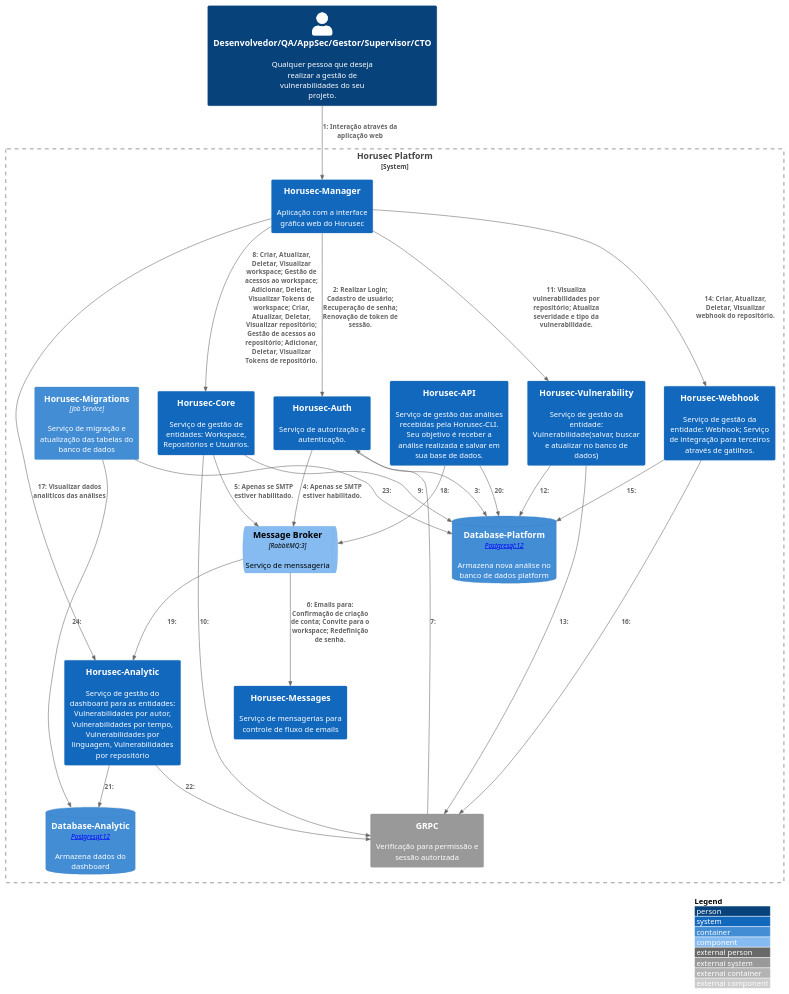
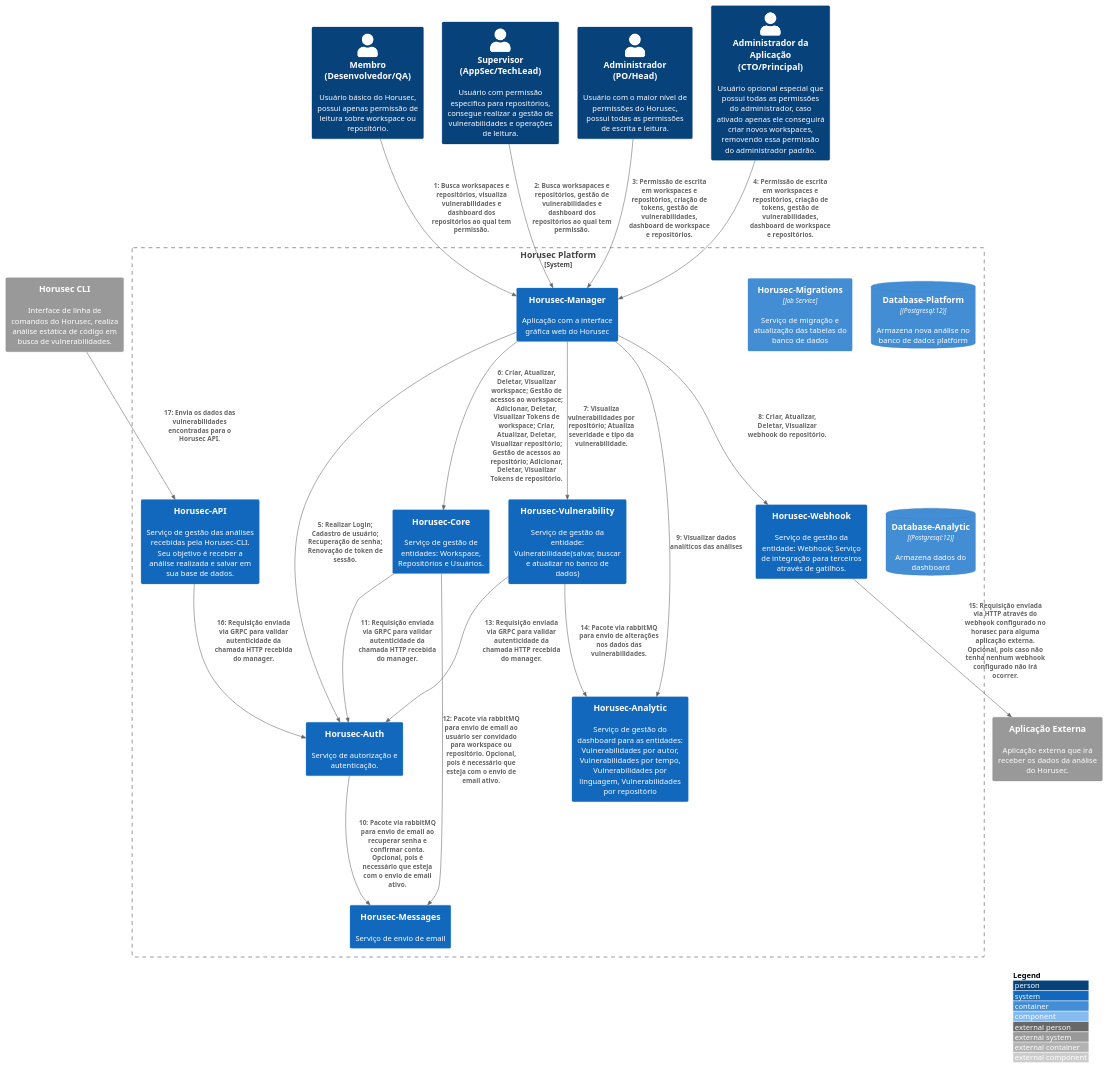
Before and after one commit to ZupIT/horusec-c4model: the diagram in src/Horusec-Platform/C2-Model/c2.puml, drawn with PlantUML. The commit also changed 1 other file, not shown here.

Commit message:
Adding platform c1 and c2 models

```diff
--- a/src/Horusec-Platform/C2-Model/c2.puml
+++ b/src/Horusec-Platform/C2-Model/c2.puml
@@ -1,52 +1,60 @@
 @startuml horusec-platform-c2
 !include https://raw.githubusercontent.com/adrianvlupu/C4-PlantUML/latest/C4_Context.puml
 !include https://raw.githubusercontent.com/adrianvlupu/C4-PlantUML/latest/C4_Component.puml
 !include https://raw.githubusercontent.com/adrianvlupu/C4-PlantUML/latest/C4_Container.puml
 !include https://raw.githubusercontent.com/adrianvlupu/C4-PlantUML/latest/C4_Deployment.puml
 !include https://raw.githubusercontent.com/adrianvlupu/C4-PlantUML/latest/C4_Dynamic.puml
 
 LAYOUT_WITH_LEGEND()
-Person(user, "Desenvolvedor/QA/AppSec/Gestor/Supervisor/CTO", "Qualquer pessoa que deseja realizar a gestão de vulnerabilidades do seu projeto.")
+
+Person(developer, "Membro (Desenvolvedor/QA)", "Usuário básico do Horusec, possui apenas permissão de leitura sobre workspace ou repositório.")
+Person(supervisor, "Supervisor (AppSec/TechLead)", "Usuário com permissão especifica para repositórios, consegue realizar a gestão de vulnerabilidades e operações de leitura.")
+Person(admin, "Administrador (PO/Head)", "Usuário com o maior nível de permissões do Horusec, possui todas as permissões de escrita e leitura.")
+Person(applicationAdmin, "Administrador da Aplicação (CTO/Principal)", "Usuário opcional especial que possui todas as permissões do administrador, caso ativado apenas ele conseguirá criar novos workspaces, removendo essa permissão do administrador padrão.")
 
 System_Boundary(horusecPlatform, "Horusec Platform") {
   System(HorusecManager, "Horusec-Manager", "Aplicação com a interface gráfica web do Horusec")
   System(HorusecAuth, "Horusec-Auth", "Serviço de autorização e autenticação.")
   System(HorusecCore, "Horusec-Core", "Serviço de gestão de entidades: Workspace, Repositórios e Usuários.")
   System(HorusecVulnerability, "Horusec-Vulnerability", "Serviço de gestão da entidade: Vulnerabilidade(salvar, buscar e atualizar no banco de dados)")
   System(HorusecWebhook, "Horusec-Webhook", "Serviço de gestão da entidade: Webhook; Serviço de integração para terceiros através de gatilhos.")
   System(HorusecAnalytic, "Horusec-Analytic", "Serviço de gestão do dashboard para as entidades: Vulnerabilidades por autor, Vulnerabilidades por tempo, Vulnerabilidades por linguagem, Vulnerabilidades por repositório")
   System(HorusecAPI, "Horusec-API", "Serviço de gestão das análises recebidas pela Horusec-CLI. Seu objetivo é receber a análise realizada e salvar em sua base de dados.")
-  System_Ext(HorusecGRPC, "GRPC", "Verificação para permissão e sessão autorizada")
+  System(HorusecMessages, "Horusec-Messages", "Serviço de envio de email")
+
   Container(HorusecMigrations, "Horusec-Migrations", "Job Service", "Serviço de migração e atualização das tabelas do banco de dados")
-  System(HorusecMessages, "Horusec-Messages", "Serviço de mensagerias para controle de fluxo de emails")
-  ComponentQueue(HorusecRabbitMQ, "Message Broker", "RabbitMQ:3", "Serviço de menssageria")
-  ContainerDb(HorusecPlatformDatabase, "Database-Platform", "[Container: Postgresql:12]", "Armazena nova análise no banco de dados platform")
-  ContainerDb(HorusecAnalyticDatabase, "Database-Analytic", "[Container: Postgresql:12]", "Armazena dados do dashboard")
+
+  ContainerDb(HorusecPlatformDatabase, "Database-Platform", "(Postgresql:12)", "Armazena nova análise no banco de dados platform")
+  ContainerDb(HorusecAnalyticDatabase, "Database-Analytic", "(Postgresql:12)", "Armazena dados do dashboard")
 }
 
-Rel(user, HorusecManager, "Interação através da aplicação web")
+System_Ext(horusecCLI, "Horusec CLI", "Interface de linha de comandos do Horusec, realiza análise estática de código em busca de vulnerabilidades.")
+System_Ext(externalAPP, "Aplicação Externa", "Aplicação externa que irá receber os dados da análise do Horusec.")
+
+Rel(developer, HorusecManager, "Busca worksapaces e repositórios, visualiza vulnerabilidades e dashboard dos repositórios ao qual tem permissão.")
+Rel(supervisor, HorusecManager, "Busca worksapaces e repositórios, gestão de vulnerabilidades e dashboard dos repositórios ao qual tem permissão.")
+Rel(admin, HorusecManager, "Permissão de escrita em workspaces e repositórios, criação de tokens, gestão de vulnerabilidades, dashboard de workspace e repositórios.")
+Rel(applicationAdmin, HorusecManager, "Permissão de escrita em workspaces e repositórios, criação de tokens, gestão de vulnerabilidades, dashboard de workspace e repositórios.")
+
+
 Rel(HorusecManager, HorusecAuth, "Realizar Login; Cadastro de usuário; Recuperação de senha; Renovação de token de sessão.")
-Rel(HorusecAuth, HorusecPlatformDatabase, "")
-Rel(HorusecAuth, HorusecRabbitMQ, "Apenas se SMTP estiver habilitado.")
-Rel(HorusecCore, HorusecRabbitMQ, "Apenas se SMTP estiver habilitado.")
-Rel(HorusecRabbitMQ, HorusecMessages, "Emails para: Confirmação de criação de conta; Convite para o workspace; Redefinição de senha.")
-Rel(HorusecGRPC, HorusecAuth, "")
 Rel(HorusecManager, HorusecCore, "Criar, Atualizar, Deletar, Visualizar workspace; Gestão de acessos ao workspace; Adicionar, Deletar, Visualizar Tokens de workspace; Criar, Atualizar, Deletar, Visualizar repositório; Gestão de acessos ao repositório; Adicionar, Deletar, Visualizar Tokens de repositório.")
-Rel(HorusecCore, HorusecPlatformDatabase, "")
-Rel(HorusecCore, HorusecGRPC, "")
 Rel(HorusecManager, HorusecVulnerability, "Visualiza vulnerabilidades por repositório; Atualiza severidade e tipo da vulnerabilidade.")
-Rel(HorusecVulnerability, HorusecPlatformDatabase, "")
-Rel(HorusecVulnerability, HorusecGRPC, "")
 Rel(HorusecManager, HorusecWebhook, "Criar, Atualizar, Deletar, Visualizar webhook do repositório.")
-Rel(HorusecWebhook, HorusecPlatformDatabase, "")
-Rel(HorusecWebhook, HorusecGRPC, "")
 Rel(HorusecManager, HorusecAnalytic, "Visualizar dados analíticos das análises")
-Rel(HorusecAPI, HorusecRabbitMQ, "")
-Rel(HorusecRabbitMQ, HorusecAnalytic, "")
-Rel(HorusecAPI, HorusecPlatformDatabase, "")
-Rel(HorusecAnalytic, HorusecAnalyticDatabase, "")
-Rel(HorusecAnalytic, HorusecGRPC, "")
-Rel(HorusecMigrations, HorusecPlatformDatabase, "")
-Rel(HorusecMigrations, HorusecAnalyticDatabase, "")
+
+Rel(HorusecAuth, HorusecMessages, "Pacote via rabbitMQ para envio de email ao recuperar senha e confirmar conta. Opcional, pois é necessário que esteja com o envio de email ativo.")
+
+Rel(HorusecCore, HorusecAuth, "Requisição enviada via GRPC para validar autenticidade da chamada HTTP recebida do manager.")
+Rel(HorusecCore, HorusecMessages, "Pacote via rabbitMQ para envio de email ao usuário ser convidado para workspace ou repositório. Opcional, pois é necessário que esteja com o envio de email ativo.")
+
+Rel(HorusecVulnerability, HorusecAuth, "Requisição enviada via GRPC para validar autenticidade da chamada HTTP recebida do manager.")
+Rel(HorusecVulnerability, HorusecAnalytic, "Pacote via rabbitMQ para envio de alterações nos dados das vulnerabilidades.")
+
+Rel(HorusecWebhook, externalAPP, "Requisição enviada via HTTP através do webhook configurado no horusec para alguma aplicação externa. Opcional, pois caso não tenha nenhum webhook configurado não irá ocorrer.")
+
+Rel(HorusecAPI, HorusecAuth, "Requisição enviada via GRPC para validar autenticidade da chamada HTTP recebida do manager.")
+
+Rel(horusecCLI, HorusecAPI, "Envia os dados das vulnerabilidades encontradas para o Horusec API.")
 
 @enduml
```
